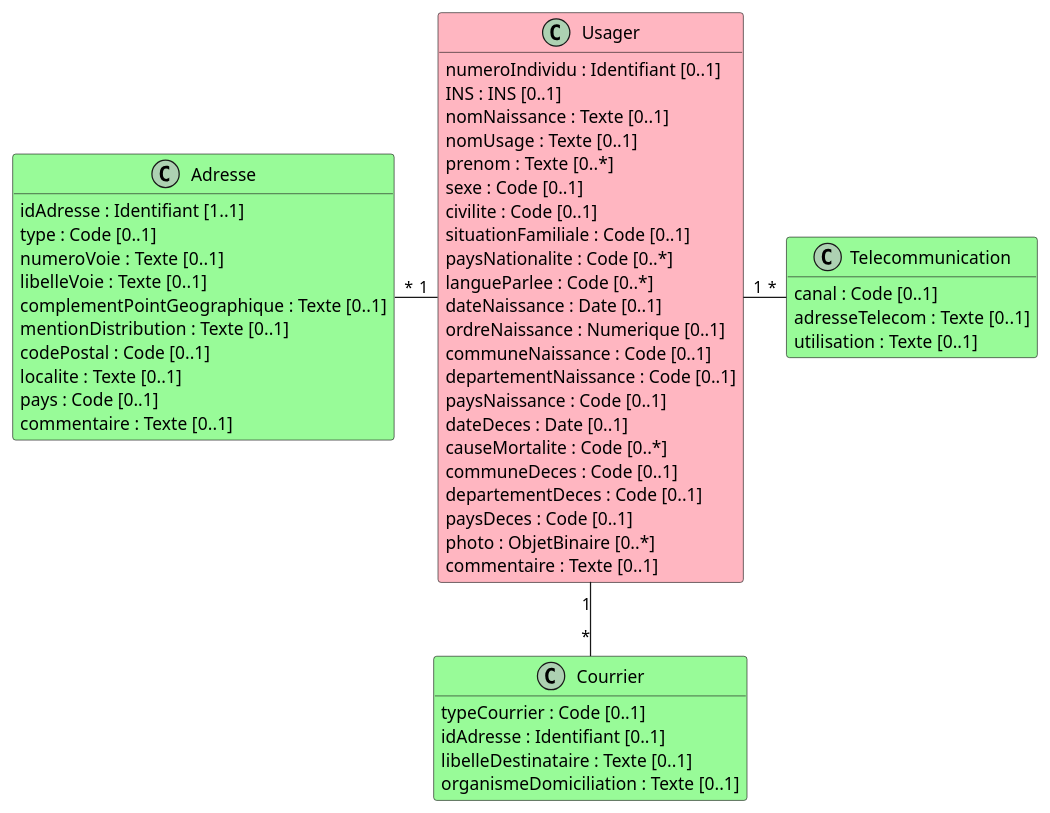
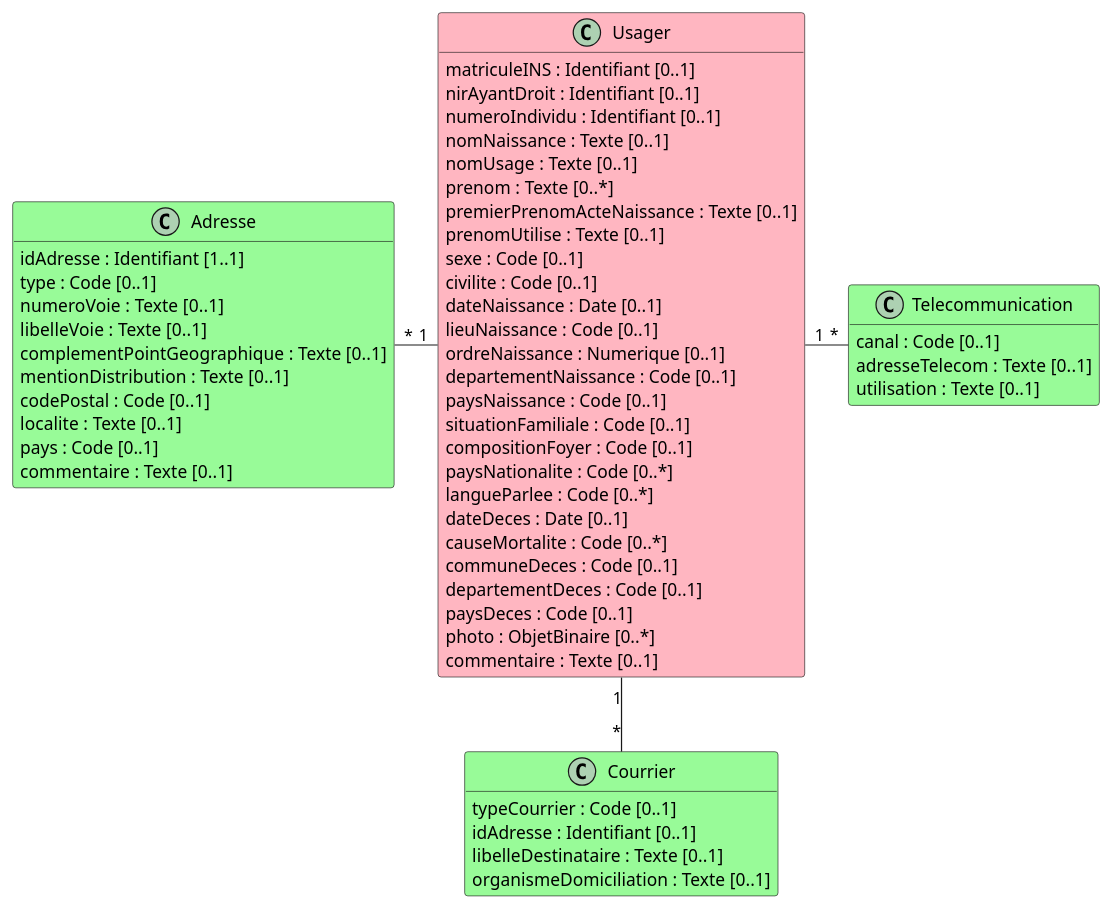
Before and after one commit to ansforge/IG-fhir-transfert-donnees-dui-esms: the diagram in input/images-source/bloc_identification_coordonnees.plantuml, drawn with PlantUML. The commit also changed 3 other files, not shown here.

```diff
--- a/input/images-source/bloc_identification_coordonnees.plantuml
+++ b/input/images-source/bloc_identification_coordonnees.plantuml
@@ -1,60 +1,64 @@
 @startuml
 
 hide empty methods
 
 class Usager #LightPink {
+    matriculeINS : Identifiant [0..1]
+    nirAyantDroit : Identifiant [0..1]
     numeroIndividu : Identifiant [0..1]
-    INS : INS [0..1]
     nomNaissance : Texte [0..1]
     nomUsage : Texte [0..1]
     prenom : Texte [0..*]
+    premierPrenomActeNaissance : Texte [0..1]
+    prenomUtilise : Texte [0..1]
     sexe : Code [0..1]
     civilite : Code [0..1]
+    dateNaissance : Date [0..1]
+    lieuNaissance : Code [0..1]
+    ordreNaissance : Numerique [0..1]
+    departementNaissance : Code [0..1]
+    paysNaissance : Code [0..1]
     situationFamiliale : Code [0..1]
+    compositionFoyer : Code [0..1]
     paysNationalite : Code [0..*]
     langueParlee : Code [0..*]
-    dateNaissance : Date [0..1]
-    ordreNaissance : Numerique [0..1]
-    communeNaissance : Code [0..1]
-    departementNaissance : Code [0..1]
-    paysNaissance : Code [0..1]
     dateDeces : Date [0..1]
     causeMortalite : Code [0..*]
     communeDeces : Code [0..1]
     departementDeces : Code [0..1]
     paysDeces : Code [0..1]
     photo : ObjetBinaire [0..*]
     commentaire : Texte [0..1]
 }
 
 class Adresse #PaleGreen {
     idAdresse : Identifiant [1..1]
     type : Code [0..1]
     numeroVoie : Texte [0..1]
     libelleVoie : Texte [0..1]
     complementPointGeographique : Texte [0..1]
     mentionDistribution : Texte [0..1]
     codePostal : Code [0..1]
     localite : Texte [0..1]
     pays : Code [0..1]
     commentaire : Texte [0..1]
 }
 
 class Telecommunication #PaleGreen {
     canal : Code [0..1]
     adresseTelecom : Texte [0..1]
     utilisation : Texte [0..1]
 }
 
 class Courrier #PaleGreen {
     typeCourrier : Code [0..1]
     idAdresse : Identifiant [0..1]
     libelleDestinataire : Texte [0..1]
     organismeDomiciliation : Texte [0..1]
 }
 
 Adresse "*" - "1" Usager
 Usager "1" - "*" Telecommunication
 Usager "1" -- "*" Courrier
 
 @enduml
```
